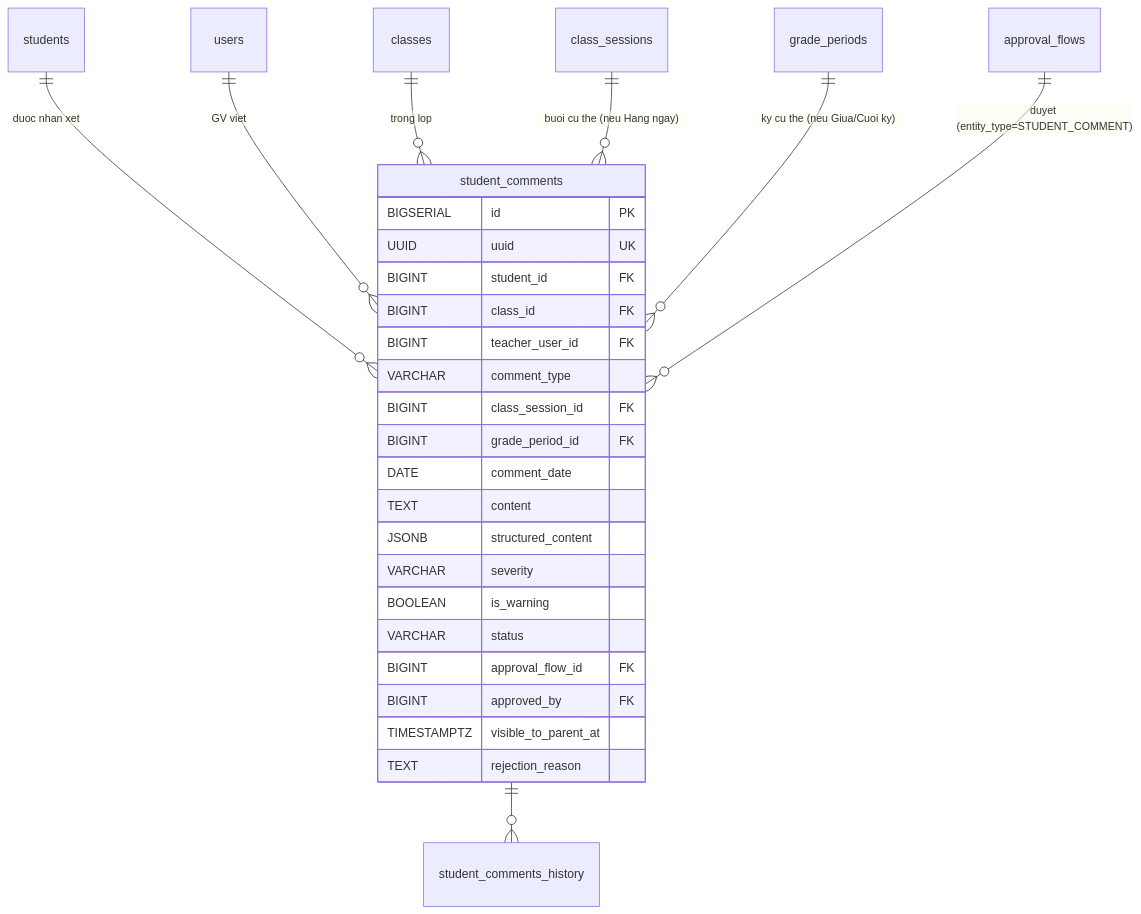
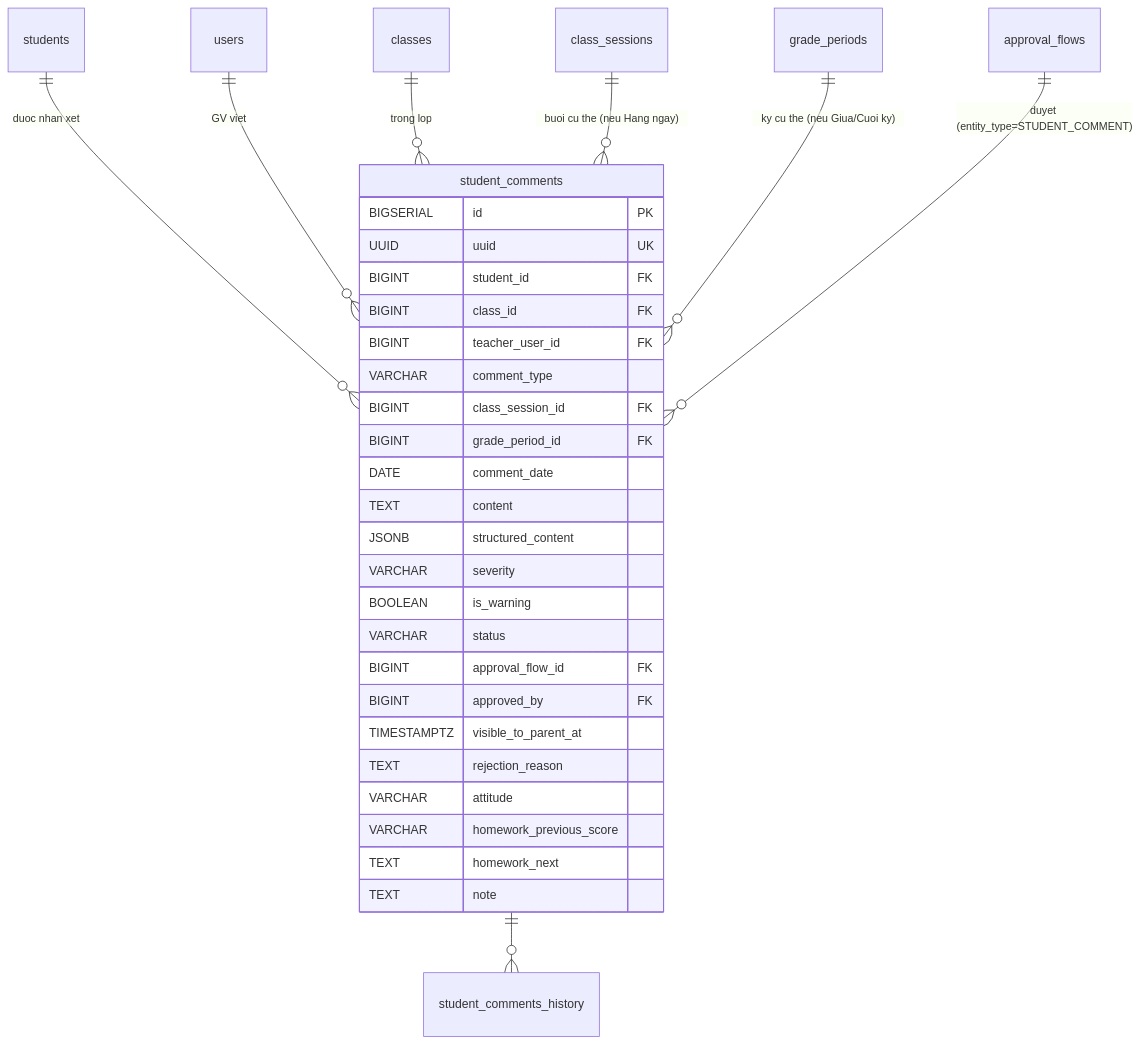
One commit to langtuananh2424/pps-education changed the third of 3 diagrams in docs/sdd-groups/06-hoc-thuat.md. Above: the diagram before and after it, drawn with Mermaid. The commit also changed other lines of this file and 30 other files, not shown here.

````diff
--- a/docs/sdd-groups/06-hoc-thuat.md
+++ b/docs/sdd-groups/06-hoc-thuat.md
@@ -1358,32 +1380,36 @@
 ```mermaid
 erDiagram
     students ||--o{ student_comments : "duoc nhan xet"
     users ||--o{ student_comments : "GV viet"
     classes ||--o{ student_comments : "trong lop"
     class_sessions ||--o{ student_comments : "buoi cu the (neu Hang ngay)"
     grade_periods ||--o{ student_comments : "ky cu the (neu Giua/Cuoi ky)"
 
     student_comments ||--o{ student_comments_history : ""
     approval_flows ||--o{ student_comments : "duyet (entity_type=STUDENT_COMMENT)"
 
     student_comments {
         BIGSERIAL id PK
         UUID uuid UK
         BIGINT student_id FK
         BIGINT class_id FK
         BIGINT teacher_user_id FK
         VARCHAR comment_type
         BIGINT class_session_id FK
         BIGINT grade_period_id FK
         DATE comment_date
         TEXT content
         JSONB structured_content
         VARCHAR severity
         BOOLEAN is_warning
         VARCHAR status
         BIGINT approval_flow_id FK
         BIGINT approved_by FK
         TIMESTAMPTZ visible_to_parent_at
         TEXT rejection_reason
+        VARCHAR attitude
+        VARCHAR homework_previous_score
+        TEXT homework_next
+        TEXT note
     }
 ```
````
